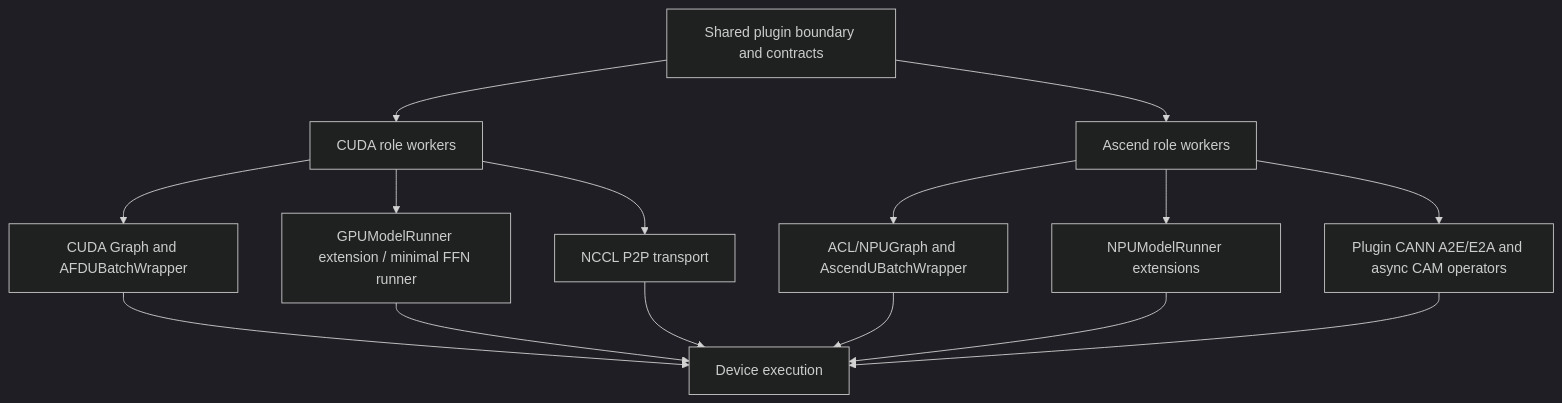
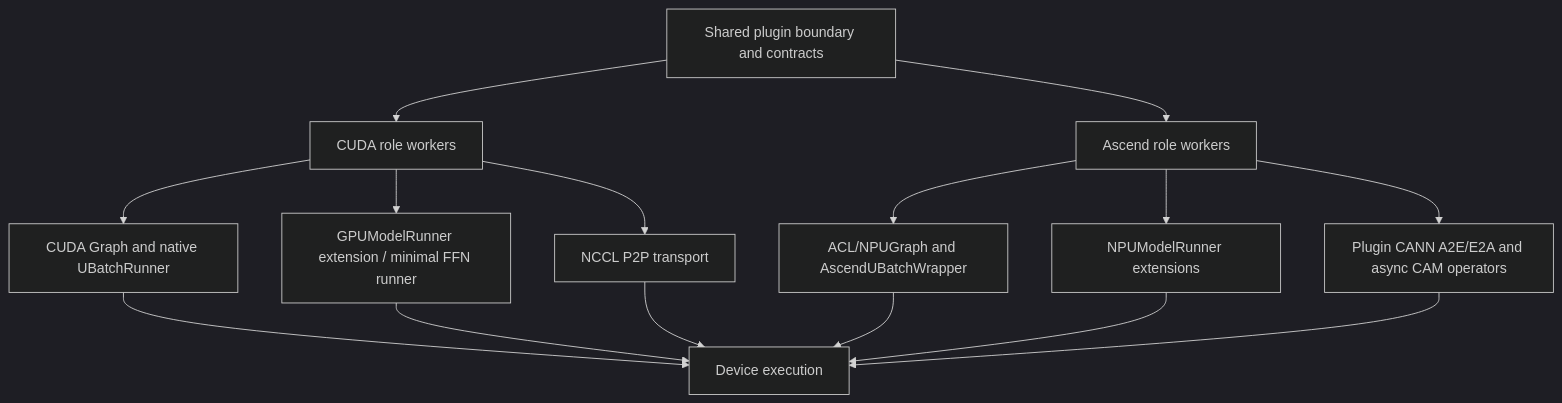
The diagram in docs/design/module/execution_platforms.md (Pingzii/afd-plugin), drawn with Mermaid (dark theme) before and after one commit. The commit also changed other lines of this file and 52 other files, not shown here.

````diff
--- a/docs/design/module/execution_platforms.md
+++ b/docs/design/module/execution_platforms.md
@@ -114,18 +114,18 @@
 ```mermaid
 flowchart TB
     COMMON["Shared plugin boundary and contracts"]
     COMMON --> CUDA["CUDA role workers"]
     COMMON --> NPU["Ascend role workers"]
     CUDA --> GPU_RUNNERS["GPUModelRunner extension / minimal FFN runner"]
-    CUDA --> CUDA_GRAPH["CUDA Graph and AFDUBatchWrapper"]
+    CUDA --> CUDA_GRAPH["CUDA Graph and native UBatchRunner"]
     CUDA --> NCCL["NCCL P2P transport"]
     NPU --> NPU_RUNNERS["NPUModelRunner extensions"]
     NPU --> ACL["ACL/NPUGraph and AscendUBatchWrapper"]
     NPU --> CANN["Plugin CANN A2E/E2A and async CAM operators"]
     CUDA_GRAPH --> DEVICE["Device execution"]
     GPU_RUNNERS --> DEVICE
     NCCL --> DEVICE
     ACL --> DEVICE
     NPU_RUNNERS --> DEVICE
     CANN --> DEVICE
 ```
````
